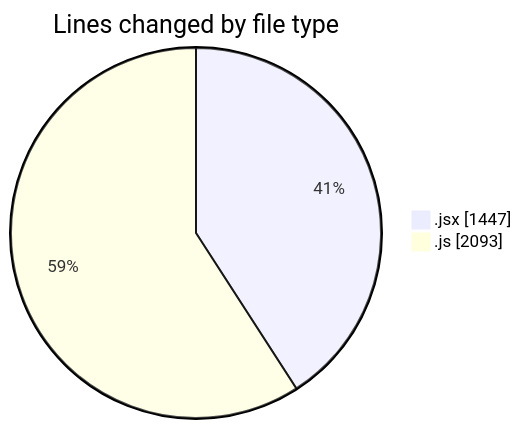
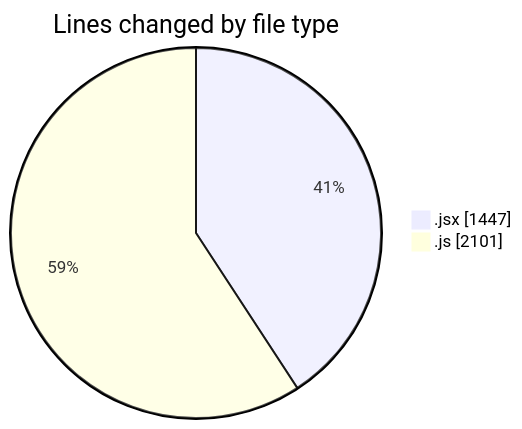
One commit to nxtqubesakshisongat/code-tracking changed the first of 2 diagrams in 2025-09-15/nxtqube_webapp/README.md. Above: the diagram before and after it, drawn with Mermaid. The commit also changed other lines of this file and 1 other file, not shown here.

````diff
--- a/2025-09-15/nxtqube_webapp/README.md
+++ b/2025-09-15/nxtqube_webapp/README.md
@@ -22,6 +22,6 @@
 ```mermaid
 pie showData
 title Lines changed by file type
 ".jsx" : 1447
-".js" : 2093
+".js" : 2101
 ```
````
